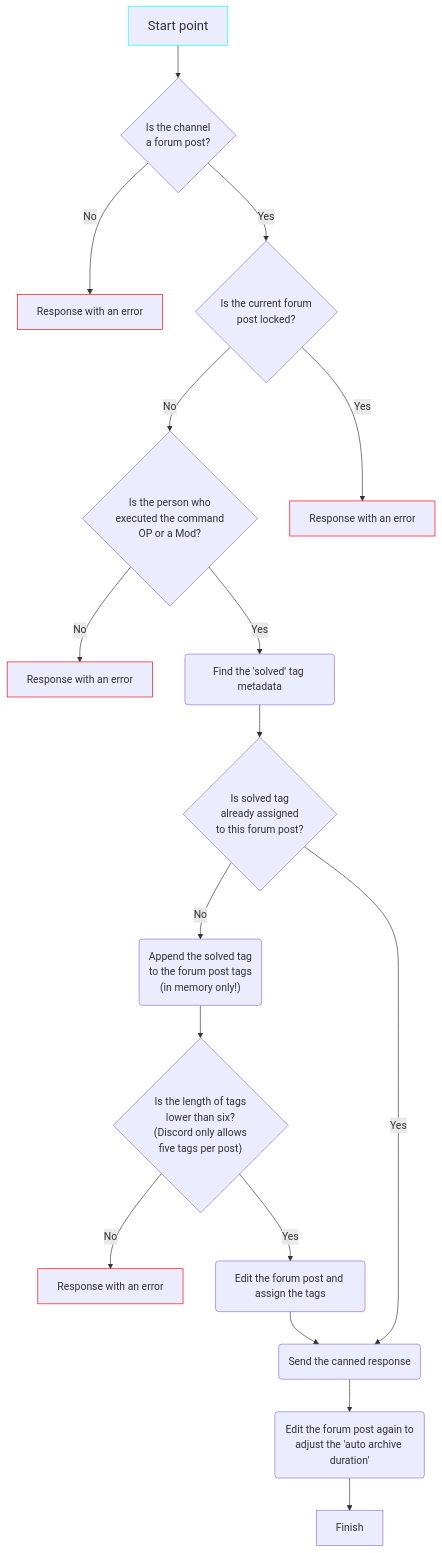
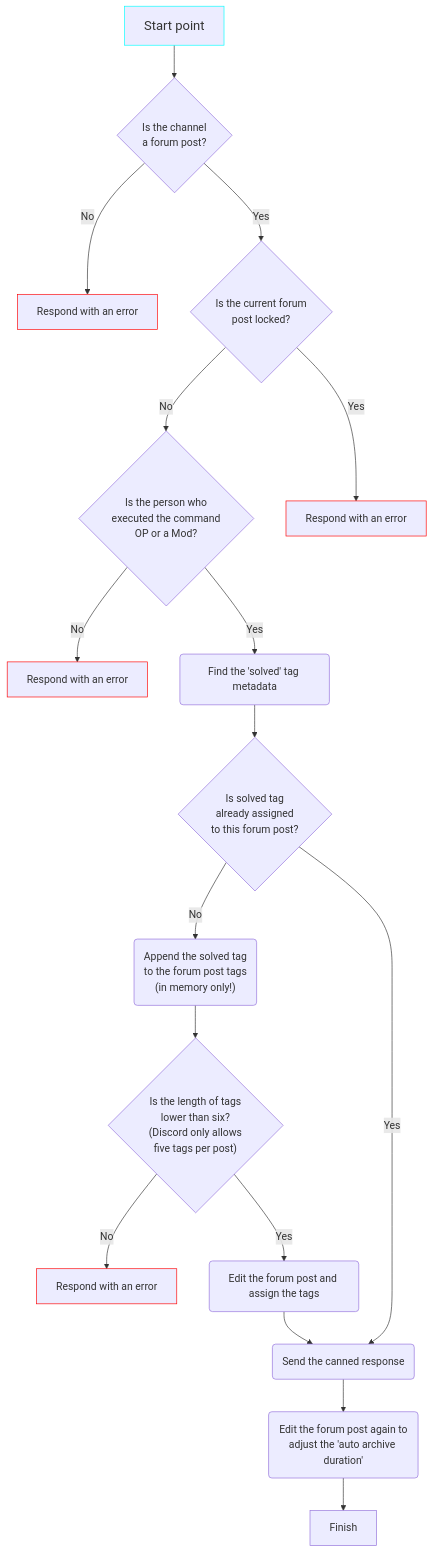
The third of 3 diagrams in README.md (nestjs-discord/utility-bot), drawn with Mermaid before and after one commit.

Commit message:
docs(readme): improved the diagrams

````diff
--- a/README.md
+++ b/README.md
@@ -157,27 +157,27 @@
 ```mermaid
 flowchart TD
 %% classes
     classDef orange stroke: #f96
     classDef green stroke: #0f0
     classDef startPoint stroke: #0ff, font-size: 15pt
     classDef red stroke: #f00
 %% start point
     start["Start point"]:::startPoint
     start --> validateChannelType
     validateChannelType{"Is the channel \na forum post?"}
-    validateChannelType -->|" No "| finish-1["Response with an error"]:::red
+    validateChannelType -->|" No "| finish-1["Respond with an error"]:::red
     validateChannelType -->|" Yes "| isTheChannelLocked{"Is the current forum\npost locked?"}
     isTheChannelLocked -->|" No "| hasPermissionToExecute{"Is the person who\nexecuted the command\nOP or a Mod?"}
-    isTheChannelLocked -->|" Yes "| finish-2["Response with an error"]:::red
-    hasPermissionToExecute -->|" No "| finish-3["Response with an error"]:::red
+    isTheChannelLocked -->|" Yes "| finish-2["Respond with an error"]:::red
+    hasPermissionToExecute -->|" No "| finish-3["Respond with an error"]:::red
     hasPermissionToExecute -->|" Yes "| findTheSolvedTag("Find the 'solved' tag metadata")
     findTheSolvedTag --> isSolvedTagApplied{"Is solved tag\nalready assigned\nto this forum post?"}
     isSolvedTagApplied -->|" No "| appendTheSolvedTag("Append the solved tag\nto the forum post tags\n(in memory only!)")
     isSolvedTagApplied -->|" Yes "| sendCannedResponse("Send the canned response")
     appendTheSolvedTag --> validateTagsLength{"Is the length of tags\nlower than six?\n(Discord only allows\nfive tags per post)"}
-    validateTagsLength -->|" No "| finish-4["Response with an error"]:::red
+    validateTagsLength -->|" No "| finish-4["Respond with an error"]:::red
     validateTagsLength -->|" Yes "| editThePost("Edit the forum post and assign the tags")
     editThePost --> sendCannedResponse
     sendCannedResponse --> editThePostAgain("Edit the forum post again to\nadjust the 'auto archive duration'")
     editThePostAgain --> finish-5["Finish"]
 ```
````
